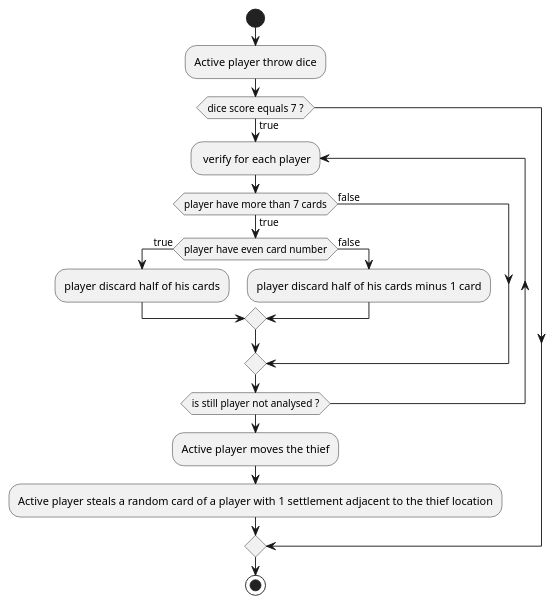
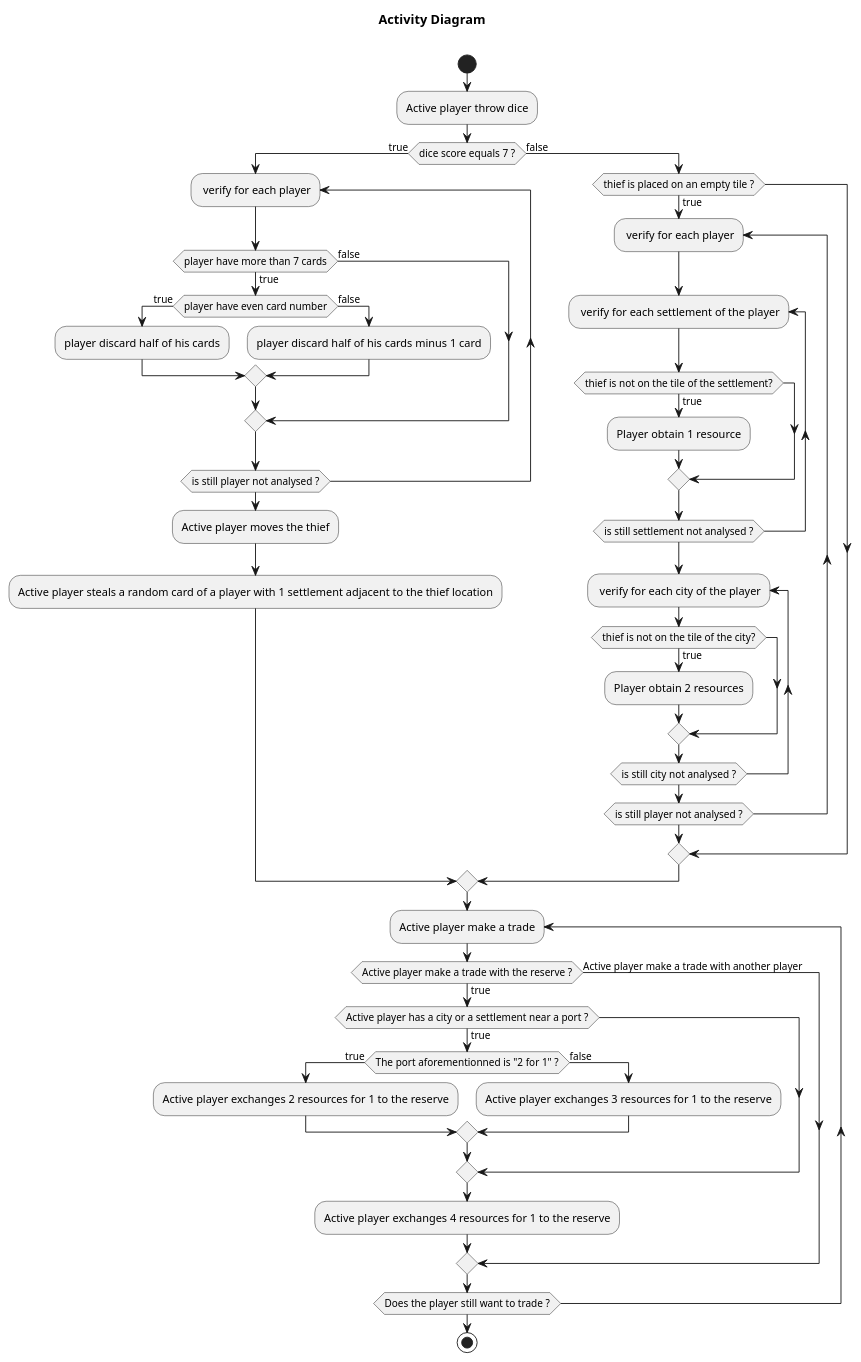
One commit to theray1/Les-Colons-De-Catane changed the diagram in catan-doc/modules/analyse/pages/PlayATurnUseCaseActivityDiagram.adoc. Above: the diagram before and after it, drawn with PlantUML.

```diff
--- a/catan-doc/modules/analyse/pages/PlayATurnUseCaseActivityDiagram.adoc
+++ b/catan-doc/modules/analyse/pages/PlayATurnUseCaseActivityDiagram.adoc
@@ -1,27 +1,58 @@
 [plantuml]
 ....
 @startuml
+
+title Activity Diagram \n
 
 start
 
 :Active player throw dice;
 
 if (dice score equals 7 ?) then (true)
   repeat: verify for each player;  
     if (player have more than 7 cards) then (true)
       if (player have even card number) then (true)
         :player discard half of his cards;
       else (false)
         :player discard half of his cards minus 1 card;
       endif
     else(false)
     endif
   repeat while(is still player not analysed ?)
   :Active player moves the thief;
   :Active player steals a random card of a player with 1 settlement adjacent to the thief location;
+else(false) 
+  if (thief is placed on an empty tile ?) then (true)
+    repeat: verify for each player;
+      repeat: verify for each settlement of the player;
+        if (thief is not on the tile of the settlement?) then(true)
+          :Player obtain 1 resource;
+        endif
+      repeat while(is still settlement not analysed ?)
+      repeat: verify for each city of the player;
+        if (thief is not on the tile of the city?) then(true)
+          :Player obtain 2 resources;
+        endif
+      repeat while(is still city not analysed ?)
+    repeat while(is still player not analysed ?)
+  endif
 endif
+
+repeat:Active player make a trade;
+  if(Active player make a trade with the reserve ?) then(true)
+    if(Active player has a city or a settlement near a port ?) then(true)
+      if(The port aforementionned is "2 for 1" ?) then(true)
+        :Active player exchanges 2 resources for 1 to the reserve;
+      else (false)
+        :Active player exchanges 3 resources for 1 to the reserve;
+      endif
+    endif
+    :Active player exchanges 4 resources for 1 to the reserve;
+  else(Active player make a trade with another player)
+  endif
+repeat while(Does the player still want to trade ?)
 
 stop
 
 @enduml
 ....
```
